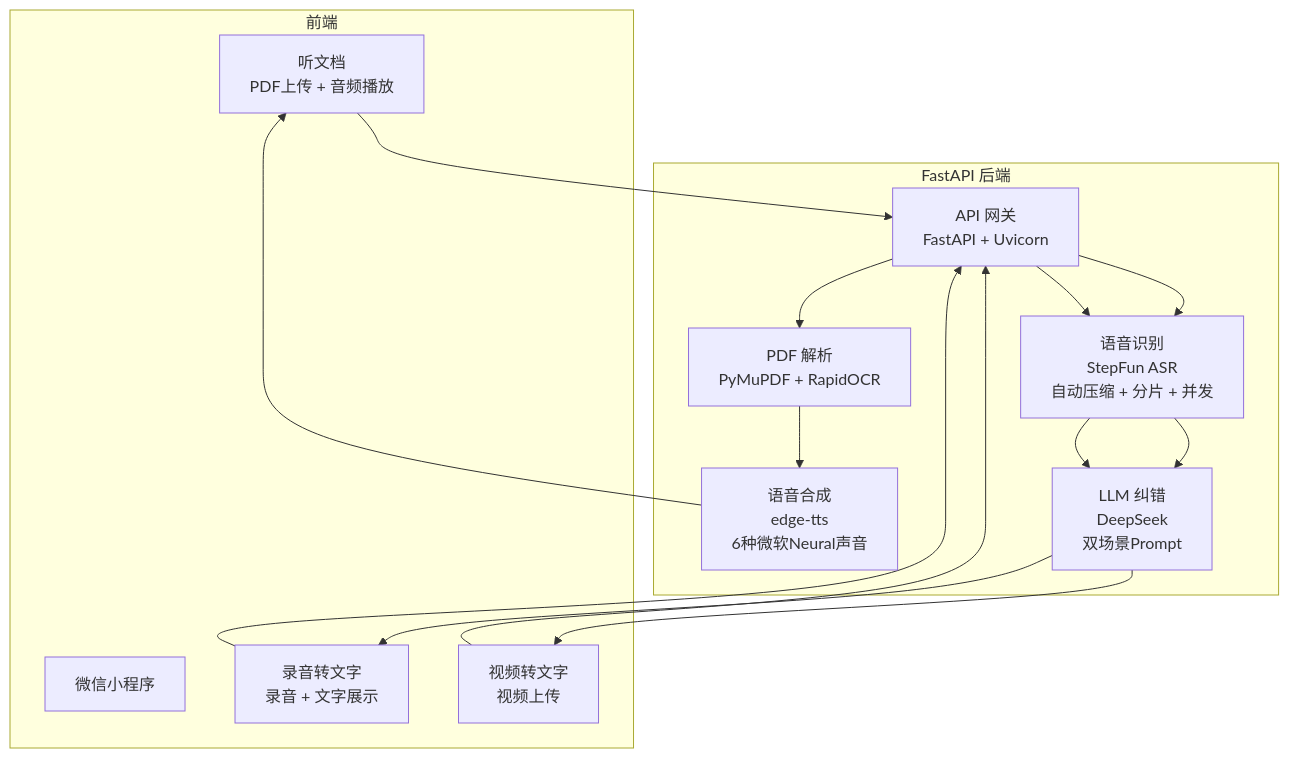
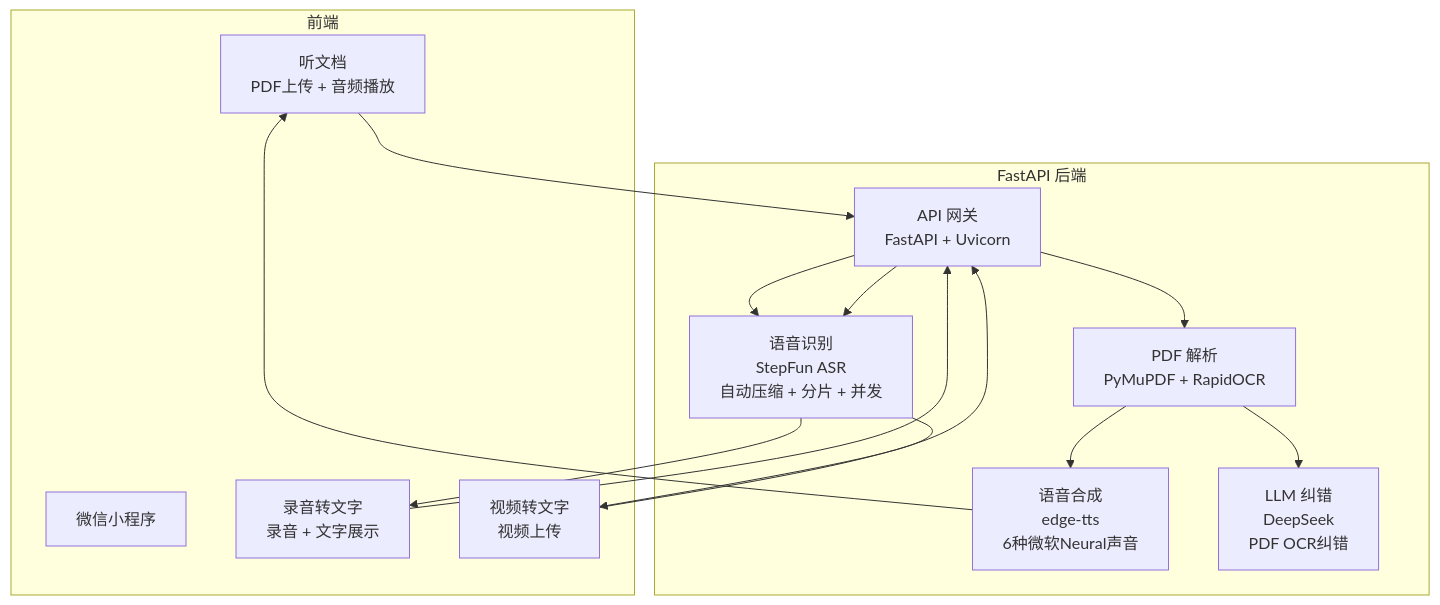
Before and after one commit to songjialei-s/english-audio-notes: the diagram in README.md, drawn with Mermaid. The commit also changed other lines of this file and 13 other files, not shown here.

````diff
--- a/README.md
+++ b/README.md
@@ -12,21 +12,22 @@
 ```mermaid
 graph TB
     subgraph 前端
         A[微信小程序]
         A1[听文档<br/>PDF上传 + 音频播放]
         A2[录音转文字<br/>录音 + 文字展示]
         A3[视频转文字<br/>视频上传]
     end
 
     subgraph FastAPI 后端
         B[API 网关<br/>FastAPI + Uvicorn]
         C[PDF 解析<br/>PyMuPDF + RapidOCR]
         D[语音合成<br/>edge-tts<br/>6种微软Neural声音]
         E[语音识别<br/>StepFun ASR<br/>自动压缩 + 分片 + 并发]
-        F[LLM 纠错<br/>DeepSeek<br/>双场景Prompt]
+        F[LLM 纠错<br/>DeepSeek<br/>PDF OCR纠错]
     end
 
     A1 --> B --> C --> D --> A1
-    A2 --> B --> E --> F --> A2
-    A3 --> B --> E --> F --> A3
+    A2 --> B --> E --> A2
+    A3 --> B --> E --> A3
+    C --> F
 ```
````
